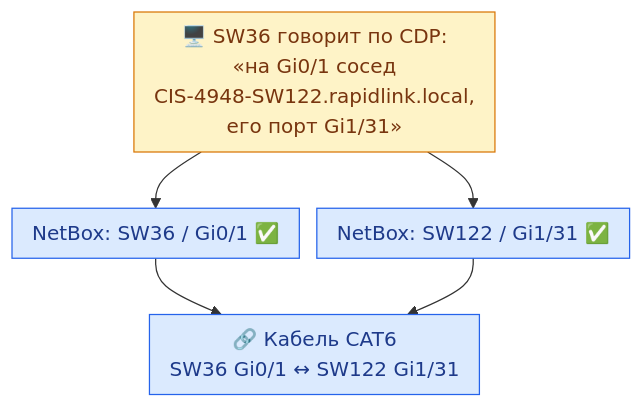
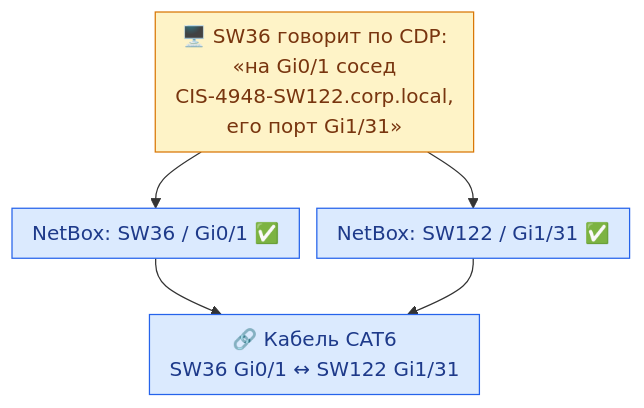
Before and after one commit to Madly222/MCPforMonitoring: the fourth of 5 diagrams in docs/features/06b-netbox-cdp.md, drawn with Mermaid. The commit also changed 10 other files, not shown here.

````diff
--- a/docs/features/06b-netbox-cdp.md
+++ b/docs/features/06b-netbox-cdp.md
@@ -94,12 +94,12 @@
 ```mermaid
 %%{init: {"flowchart": {"nodeSpacing": 14, "rankSpacing": 45, "curve": "basis", "padding": 8, "wrappingWidth": 260}}}%%
 flowchart TB
-    CLI["🖥️ SW36 говорит по CDP:<br/>«на Gi0/1 сосед<br/>CIS-4948-SW122.rapidlink.local,<br/>его порт Gi1/31»"]:::auto
+    CLI["🖥️ SW36 говорит по CDP:<br/>«на Gi0/1 сосед<br/>CIS-4948-SW122.corp.local,<br/>его порт Gi1/31»"]:::auto
     CLI --> N1["NetBox: SW36 / Gi0/1 ✅"]:::nb
     CLI --> N2["NetBox: SW122 / Gi1/31 ✅"]:::nb
     N1 --> CAB["🔗 Кабель CAT6<br/>SW36 Gi0/1 ↔ SW122 Gi1/31"]:::nb
     N2 --> CAB
 
     classDef auto fill:#fef3c7,stroke:#d97706,color:#78350f
     classDef nb   fill:#dbeafe,stroke:#2563eb,color:#1e3a8a
 ```
````
